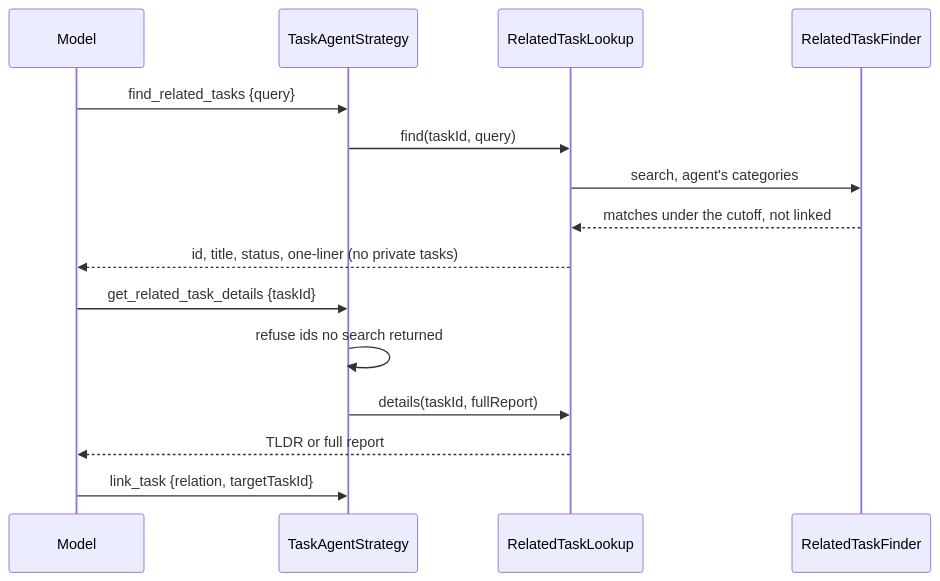
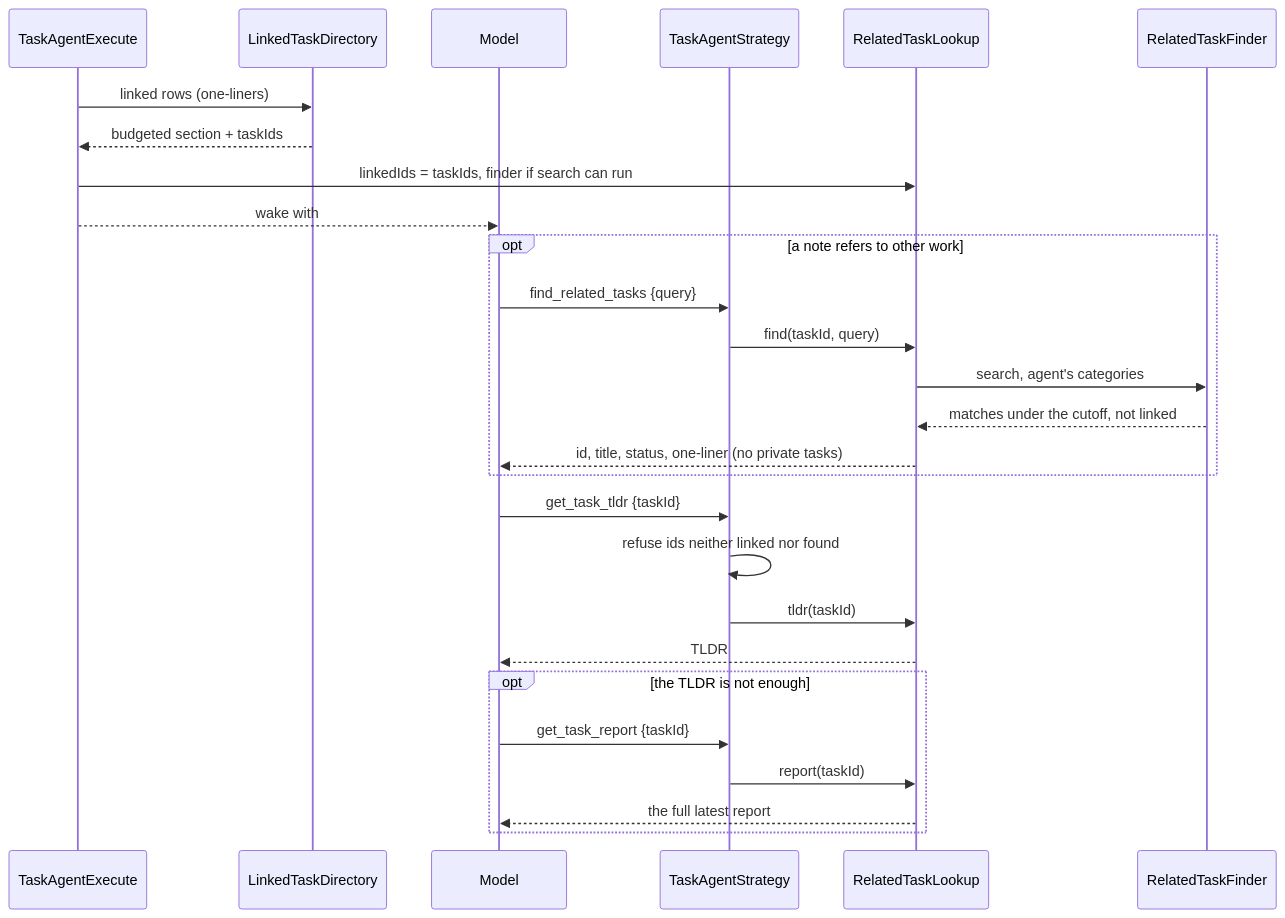
The ninth of 14 diagrams in knowledge/features/agents/task-agents.md (matthiasn/lotti), drawn with Mermaid before and after one commit. The commit also changed other lines of this file and 28 other files, not shown here.

Commit message:
feat(agents): linked tasks reach the task agent as one-liners, TL;DR and report on demand

````diff
--- a/knowledge/features/agents/task-agents.md
+++ b/knowledge/features/agents/task-agents.md
@@ -1053,17 +1101,29 @@
 ```mermaid
 sequenceDiagram
+  participant W as TaskAgentExecute
+  participant D as LinkedTaskDirectory
   participant M as Model
   participant S as TaskAgentStrategy
   participant L as RelatedTaskLookup
   participant F as RelatedTaskFinder
-  M->>S: find_related_tasks {query}
-  S->>L: find(taskId, query)
-  L->>F: search, agent's categories
-  F-->>L: matches under the cutoff, not linked
-  L-->>M: id, title, status, one-liner (no private tasks)
-  M->>S: get_related_task_details {taskId}
-  S->>S: refuse ids no search returned
-  S->>L: details(taskId, fullReport)
-  L-->>M: TLDR or full report
-  M->>S: link_task {relation, targetTaskId}
+  W->>D: linked rows (one-liners)
+  D-->>W: budgeted section + taskIds
+  W->>L: linkedIds = taskIds, finder if search can run
+  W-->>M: wake with ## Linked Tasks
+  opt a note refers to other work
+    M->>S: find_related_tasks {query}
+    S->>L: find(taskId, query)
+    L->>F: search, agent's categories
+    F-->>L: matches under the cutoff, not linked
+    L-->>M: id, title, status, one-liner (no private tasks)
+  end
+  M->>S: get_task_tldr {taskId}
+  S->>S: refuse ids neither linked nor found
+  S->>L: tldr(taskId)
+  L-->>M: TLDR
+  opt the TLDR is not enough
+    M->>S: get_task_report {taskId}
+    S->>L: report(taskId)
+    L-->>M: the full latest report
+  end
 ```
````
